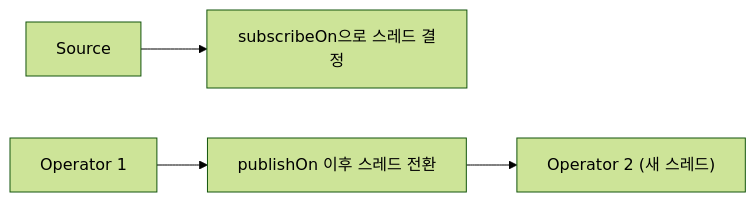
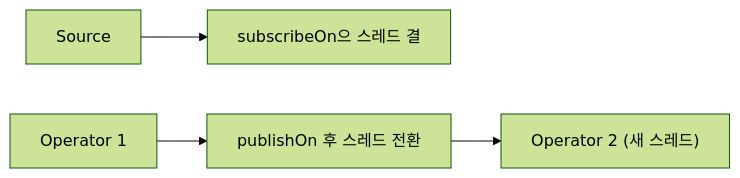
One commit to yjkim2015/yjkim2015.github.io changed the fifth of 6 diagrams in _posts/spring/2026-05-01-spring-webflux.md. Above: the diagram before and after it, drawn with Mermaid (forest theme). The commit also changed other lines of this file and 245 other files, not shown here.

First line of the commit message:
Mermaid 다이어그램 전면 수정 + 면접 포인트 접기/펼치기 + DB 데드락 페이지

````diff
--- a/_posts/spring/2026-05-01-spring-webflux.md
+++ b/_posts/spring/2026-05-01-spring-webflux.md
@@ -356,6 +356,6 @@
 ```mermaid
 graph LR
-    SRC["Source"] --> SUB["subscribeOn으로 스레드 결정"]
-    OP1["Operator 1"] --> PUB["publishOn 이후 스레드 전환"]
+    SRC["Source"] --> SUB["subscribeOn으 스레드 결"]
+    OP1["Operator 1"] --> PUB["publishOn 후 스레드 전환"]
     PUB --> OP2["Operator 2 (새 스레드)"]
 ```
````
